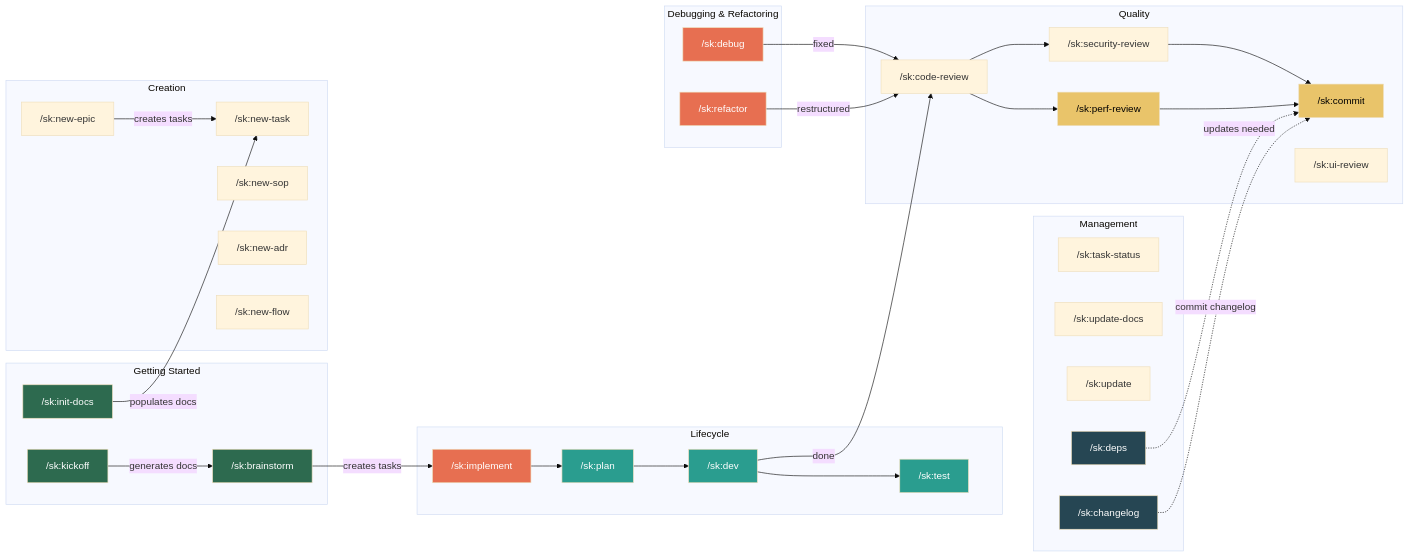
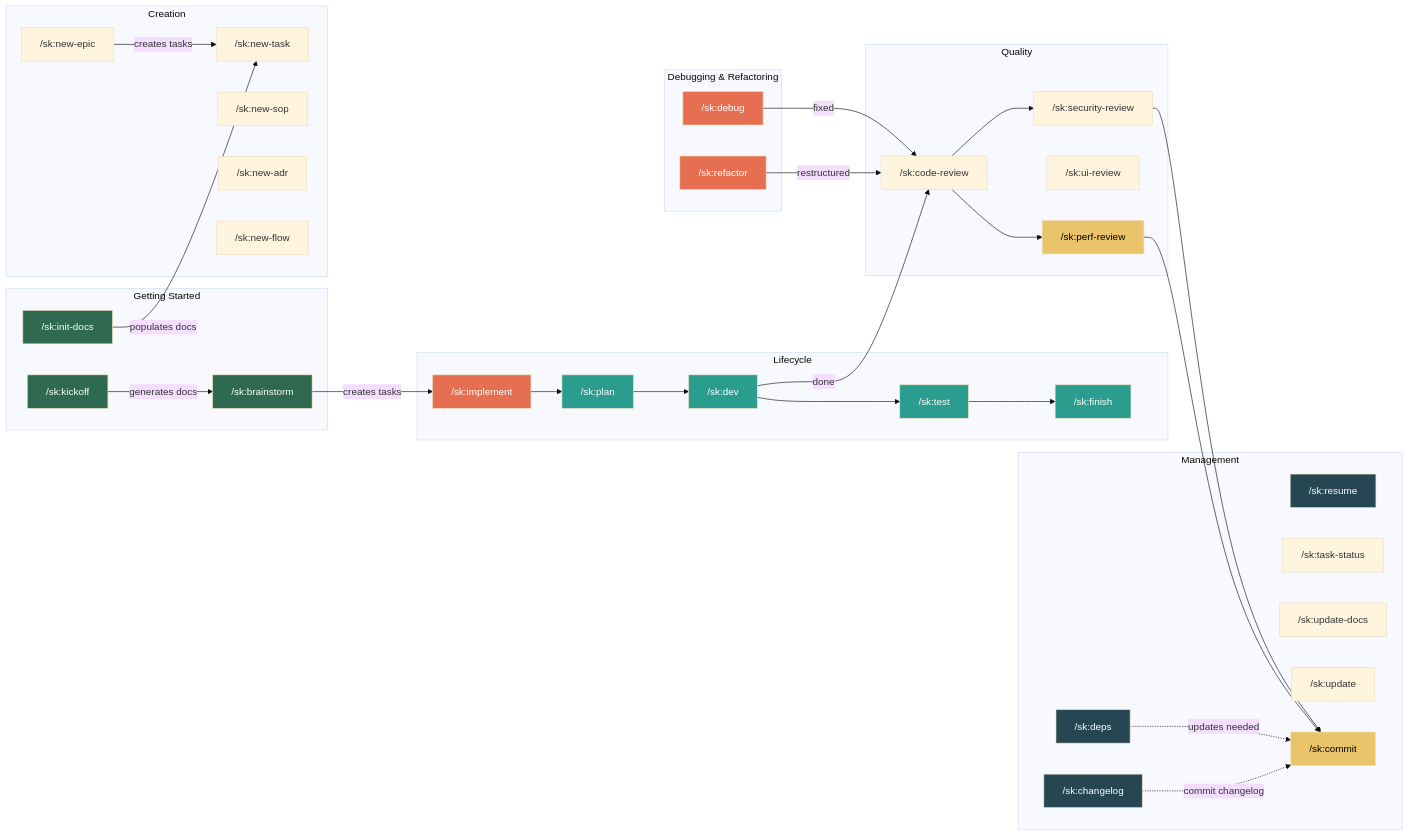
The fifth of 5 diagrams in Readme.md (moniav/sk), drawn with Mermaid (base theme) before and after one commit. The commit also changed other lines of this file, not shown here.

First line of the commit message:
docs: update README for pkg/ separation, new features, and update flow

````diff
--- a/Readme.md
+++ b/Readme.md
@@ -229,6 +275,7 @@
         plan["/sk:plan"]
         dev["/sk:dev"]
         test["/sk:test"]
+        finish["/sk:finish"]
     end
 
     subgraph "Creation"
@@ -240,7 +287,6 @@
     end
 
     subgraph "Quality"
-        commit["/sk:commit"]
         codereview["/sk:code-review"]
         secreview["/sk:security-review"]
         uireview["/sk:ui-review"]
@@ -253,9 +299,11 @@
     end
 
     subgraph "Management"
+        resume["/sk:resume"]
         status["/sk:task-status"]
         updatedocs["/sk:update-docs"]
         update["/sk:update"]
+        commit["/sk:commit"]
         changelog["/sk:changelog"]
         deps["/sk:deps"]
     end
@@ -267,6 +315,7 @@
     implement --> plan
     plan --> dev
     dev --> test
+    test --> finish
 
     newepic -->|"creates tasks"| newtask
 
@@ -289,10 +338,12 @@
     style plan fill:#2a9d8f,color:#fff
     style dev fill:#2a9d8f,color:#fff
     style test fill:#2a9d8f,color:#fff
+    style finish fill:#2a9d8f,color:#fff
     style perfreview fill:#e9c46a,color:#000
     style debug fill:#e76f51,color:#fff
     style refactor fill:#e76f51,color:#fff
     style changelog fill:#264653,color:#fff
     style deps fill:#264653,color:#fff
     style commit fill:#e9c46a,color:#000
+    style resume fill:#264653,color:#fff
 ```
````
